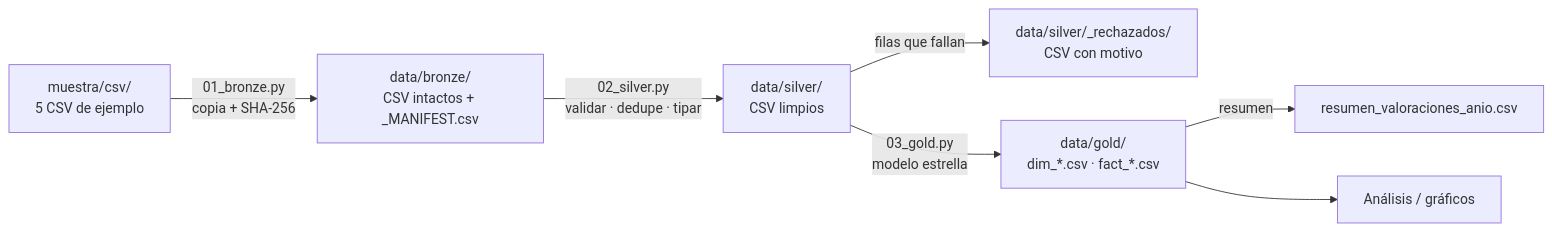
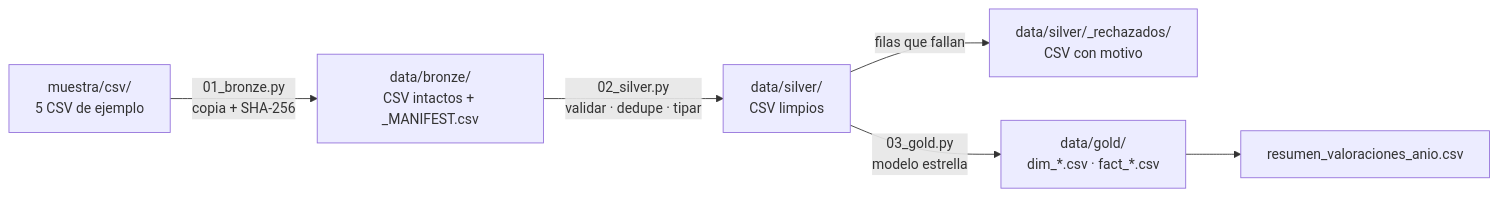
Before and after one commit to porrasgp/bigdata-openlibrary: the first of 5 diagrams in docs/flujo.md, drawn with Mermaid. The commit also changed other lines of this file and 23 other files, not shown here.

````diff
--- a/docs/flujo.md
+++ b/docs/flujo.md
@@ -7,9 +12,8 @@
 ```mermaid
 flowchart LR
     A["muestra/csv/<br/>5 CSV de ejemplo"] -->|01_bronze.py<br/>copia + SHA-256| B["data/bronze/<br/>CSV intactos + _MANIFEST.csv"]
     B -->|02_silver.py<br/>validar · dedupe · tipar| C["data/silver/<br/>CSV limpios"]
     C -->|filas que fallan| D["data/silver/_rechazados/<br/>CSV con motivo"]
     C -->|03_gold.py<br/>modelo estrella| E["data/gold/<br/>dim_*.csv · fact_*.csv"]
-    E -->|resumen| F["resumen_valoraciones_anio.csv"]
-    E --> G["Análisis / gráficos"]
+    E --> F["resumen_valoraciones_anio.csv"]
 ```
````
